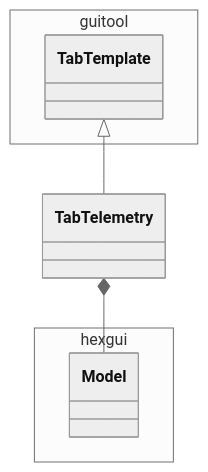
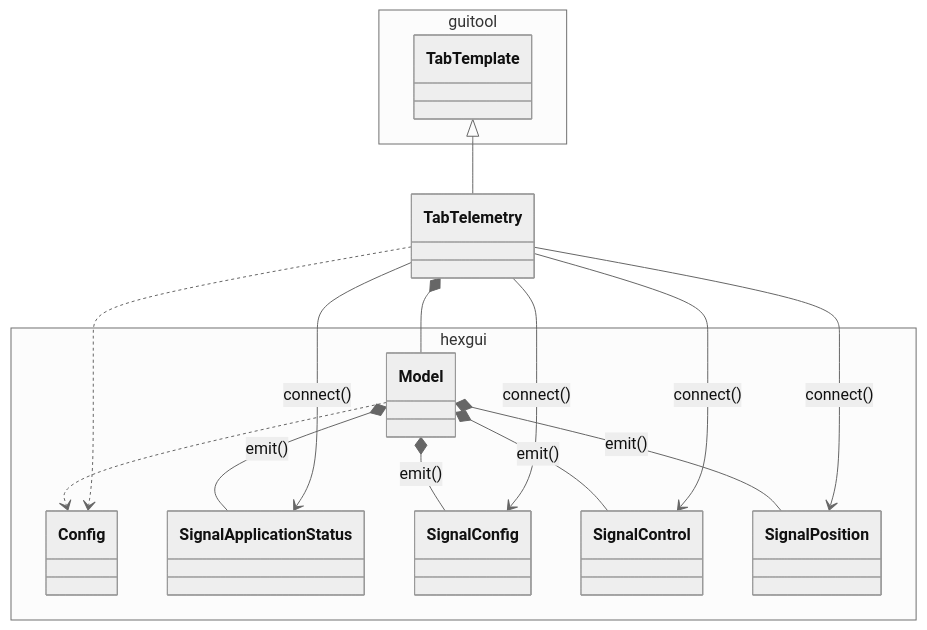
The diagram in doc/uml/tab/class_tab_telemetry.mmd (lsst-ts/ts_hexgui), drawn with Mermaid (neutral theme) before and after one commit. The commit also changed 6 other files, not shown here.

```diff
--- a/doc/uml/tab/class_tab_telemetry.mmd
+++ b/doc/uml/tab/class_tab_telemetry.mmd
@@ -1,13 +1,29 @@
 classDiagram
 
 namespace guitool {
   class TabTemplate
 }
 
 namespace hexgui {
   class Model
+  class Config
+  class SignalApplicationStatus
+  class SignalConfig
+  class SignalControl
+  class SignalPosition
 }
+
+Model ..> Config
+Model *-- SignalApplicationStatus : emit()
+Model *-- SignalConfig : emit()
+Model *-- SignalControl : emit()
+Model *-- SignalPosition : emit()
 
 TabTemplate <|-- TabTelemetry
 
 TabTelemetry *-- Model
+TabTelemetry ..> Config
+TabTelemetry --> SignalApplicationStatus : connect()
+TabTelemetry --> SignalConfig : connect()
+TabTelemetry --> SignalControl : connect()
+TabTelemetry --> SignalPosition : connect()
```
